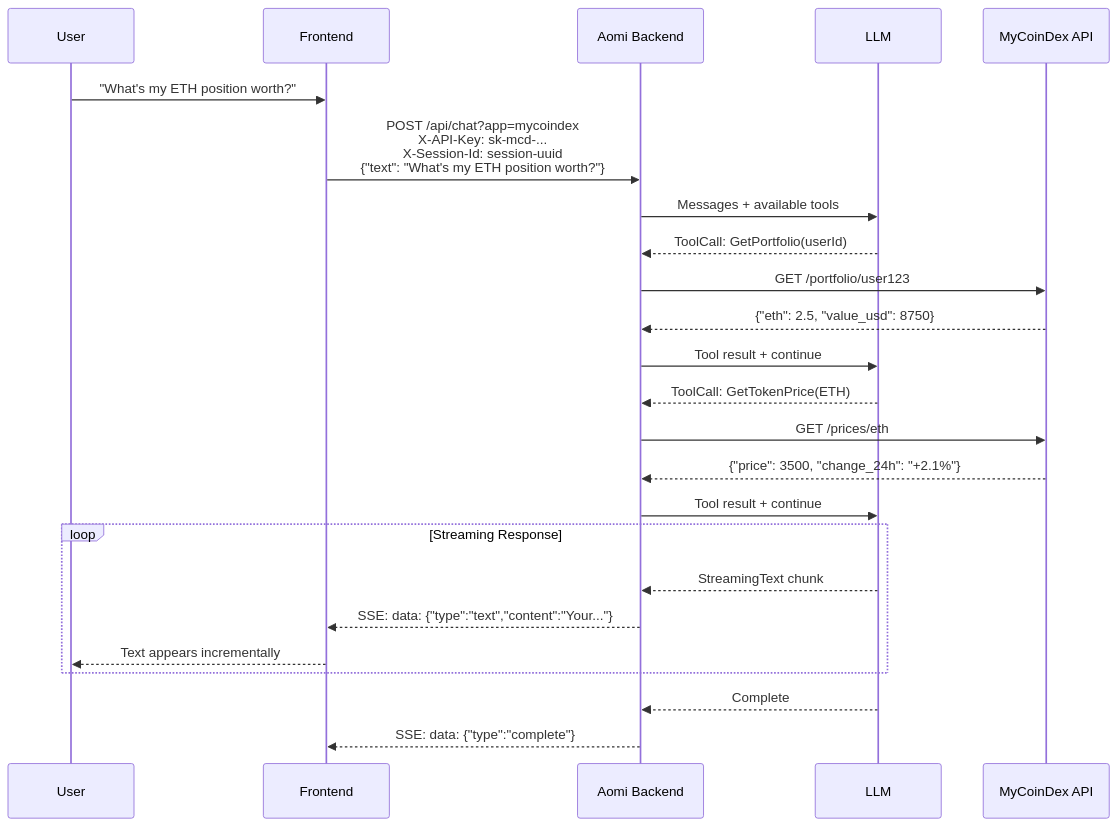
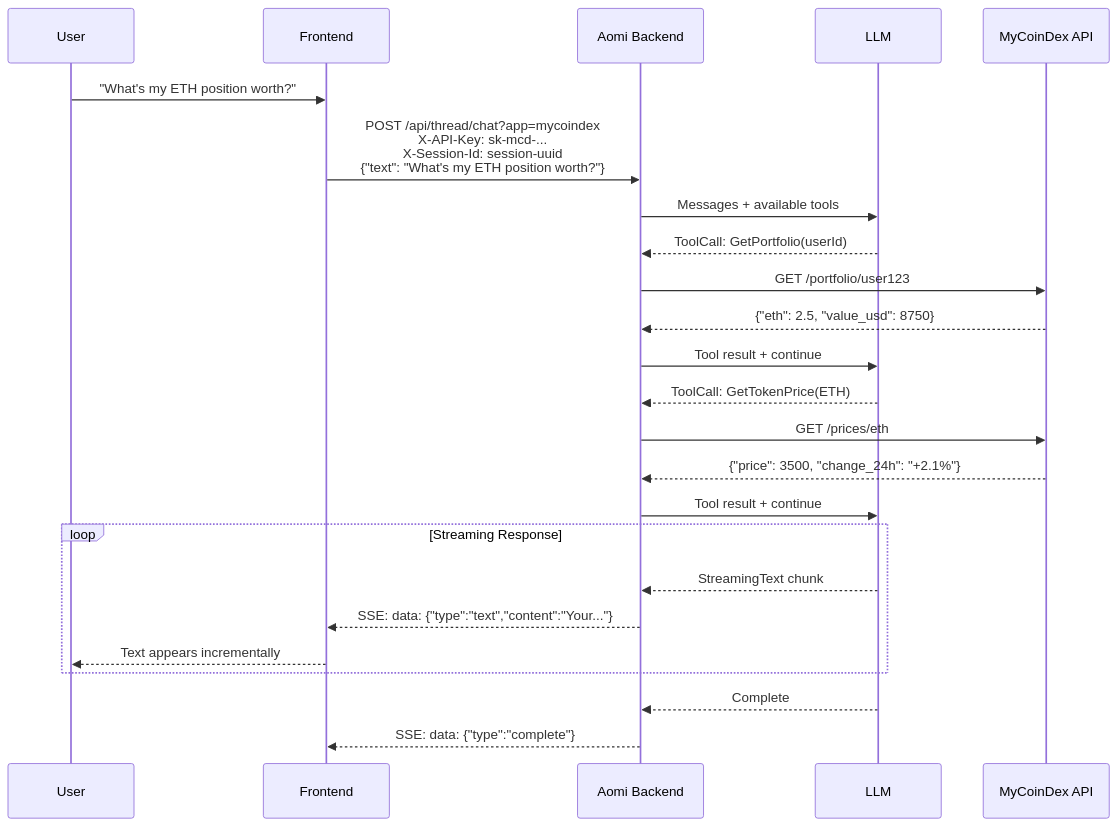
The second of 2 diagrams in apps/landing/content/guides/build/how-it-works.mdx (aomi-labs/aomi-widget), drawn with Mermaid before and after one commit. The commit also changed other lines of this file and 35 other files, not shown here.

````diff
--- a/apps/landing/content/guides/build/how-it-works.mdx
+++ b/apps/landing/content/guides/build/how-it-works.mdx
@@ -135,34 +135,34 @@
 ```mermaid
 sequenceDiagram
     participant User
     participant Frontend
     participant Aomi as Aomi Backend
     participant LLM
     participant Tool as MyCoinDex API
 
     User->>Frontend: "What's my ETH position worth?"
-    Frontend->>Aomi: POST /api/chat?app=mycoindex<br/>X-API-Key: sk-mcd-...<br/>X-Session-Id: session-uuid<br/>{"text": "What's my ETH position worth?"}
+    Frontend->>Aomi: POST /api/thread/chat?app=mycoindex<br/>X-API-Key: sk-mcd-...<br/>X-Session-Id: session-uuid<br/>{"text": "What's my ETH position worth?"}
 
     Aomi->>LLM: Messages + available tools
     LLM-->>Aomi: ToolCall: GetPortfolio(userId)
 
     Aomi->>Tool: GET /portfolio/user123
     Tool-->>Aomi: {"eth": 2.5, "value_usd": 8750}
 
     Aomi->>LLM: Tool result + continue
     LLM-->>Aomi: ToolCall: GetTokenPrice(ETH)
 
     Aomi->>Tool: GET /prices/eth
     Tool-->>Aomi: {"price": 3500, "change_24h": "+2.1%"}
 
     Aomi->>LLM: Tool result + continue
 
     loop Streaming Response
         LLM-->>Aomi: StreamingText chunk
         Aomi-->>Frontend: SSE: data: {"type":"text","content":"Your..."}
         Frontend-->>User: Text appears incrementally
     end
 
     LLM-->>Aomi: Complete
     Aomi-->>Frontend: SSE: data: {"type":"complete"}
 ```
````
